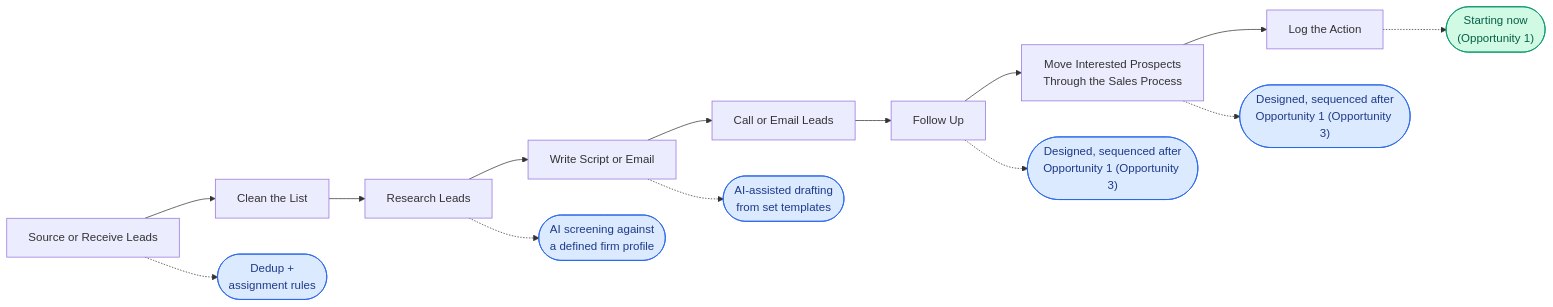
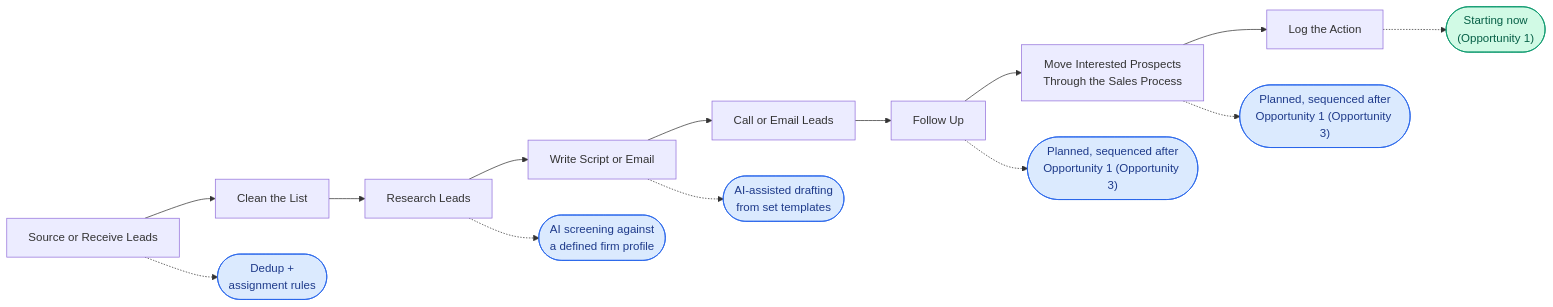
The eighth of 8 diagrams in business/projects/client-projects/26061201_capital-financing/client-facing-deliverables/20260910_capital-financing-opportunity-map-final.md (jsaponara42/ai-assistant-doc-storage), drawn with Mermaid before and after one commit. The commit also changed other lines of this file and 2 other files, not shown here.

````diff
--- a/business/projects/client-projects/26061201_capital-financing/client-facing-deliverables/20260910_capital-financing-opportunity-map-final.md
+++ b/business/projects/client-projects/26061201_capital-financing/client-facing-deliverables/20260910_capital-financing-opportunity-map-final.md
@@ -395,27 +426,27 @@
 ```mermaid
 flowchart LR
     classDef quickwin fill:#d1fae5,stroke:#059669,color:#065f46
     classDef nearterm fill:#dbeafe,stroke:#2563eb,color:#1e3a8a
 
     A[Source or Receive Leads] --> B[Clean the List]
     B --> C[Research Leads]
     C --> D[Write Script or Email]
     D --> E[Call or Email Leads]
     E --> F[Follow Up]
     F --> G["Move Interested Prospects\nThrough the Sales Process"]
     G --> H[Log the Action]
 
     A -.-> P1(["Dedup +\nassignment rules"])
     C -.-> P2(["AI screening against\na defined firm profile"])
     D -.-> P3(["AI-assisted drafting\nfrom set templates"])
-    F -.-> P4(["Designed, sequenced after\nOpportunity 1 (Opportunity 3)"])
-    G -.-> P5(["Designed, sequenced after\nOpportunity 1 (Opportunity 3)"])
+    F -.-> P4(["Planned, sequenced after\nOpportunity 1 (Opportunity 3)"])
+    G -.-> P5(["Planned, sequenced after\nOpportunity 1 (Opportunity 3)"])
     H -.-> P6(["Starting now\n(Opportunity 1)"])
 
     class P1 nearterm
     class P2 nearterm
     class P3 nearterm
     class P4 nearterm
     class P5 nearterm
     class P6 quickwin
 ```
````
